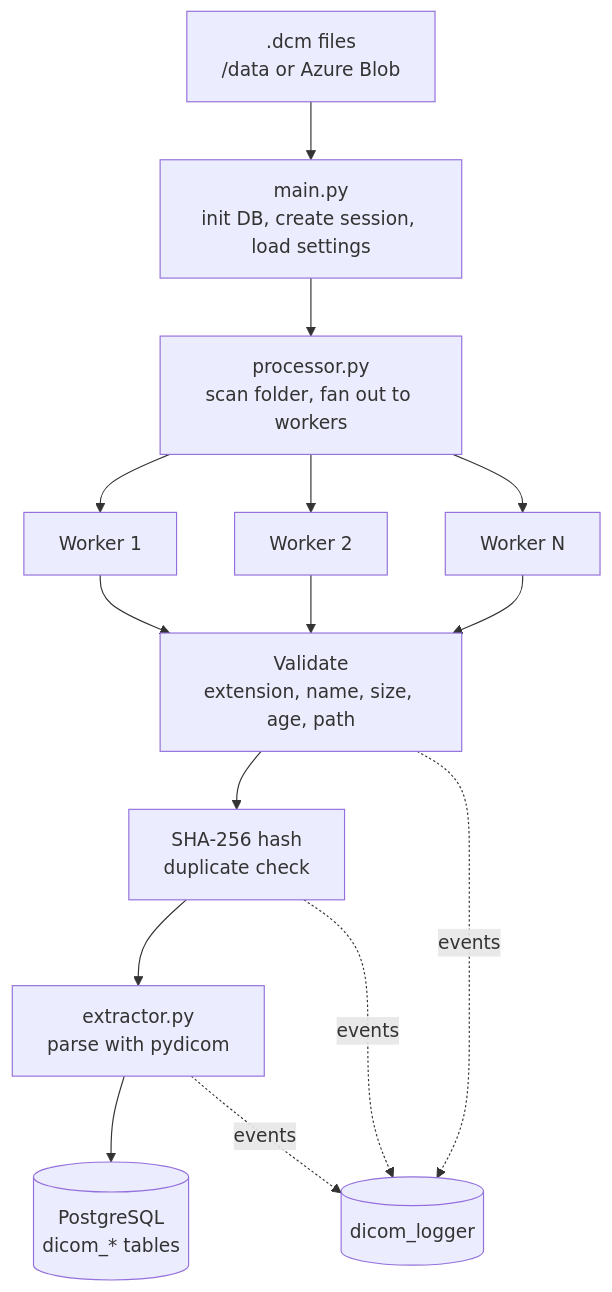
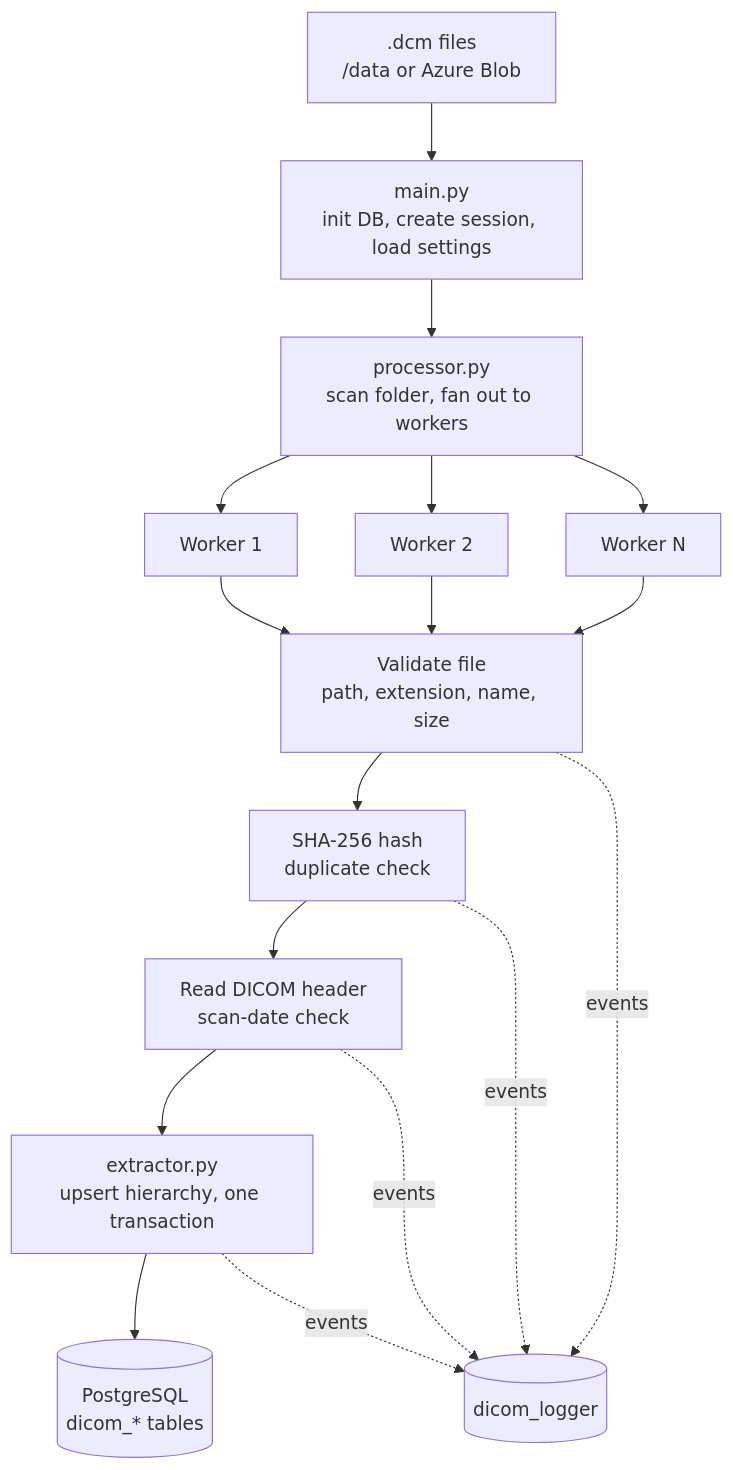
Before and after one commit to vybezy/dcm-data-etl: the first of 2 diagrams in README.md, drawn with Mermaid. The commit also changed other lines of this file and 7 other files, not shown here.

````diff
--- a/README.md
+++ b/README.md
@@ -50,15 +50,17 @@
 ```mermaid
 flowchart TD
     A[".dcm files<br/>/data or Azure Blob"] --> B["main.py<br/>init DB, create session, load settings"]
     B --> C["processor.py<br/>scan folder, fan out to workers"]
     C --> D1["Worker 1"]
     C --> D2["Worker 2"]
     C --> D3["Worker N"]
-    D1 & D2 & D3 --> E["Validate<br/>extension, name, size, age, path"]
+    D1 & D2 & D3 --> E["Validate file<br/>path, extension, name, size"]
     E --> F["SHA-256 hash<br/>duplicate check"]
-    F --> G["extractor.py<br/>parse with pydicom"]
+    F --> R["Read DICOM header<br/>scan-date check"]
+    R --> G["extractor.py<br/>upsert hierarchy, one transaction"]
     G --> H[("PostgreSQL<br/>dicom_* tables")]
     E -. events .-> L[("dicom_logger")]
     F -. events .-> L
+    R -. events .-> L
     G -. events .-> L
 ```
````
